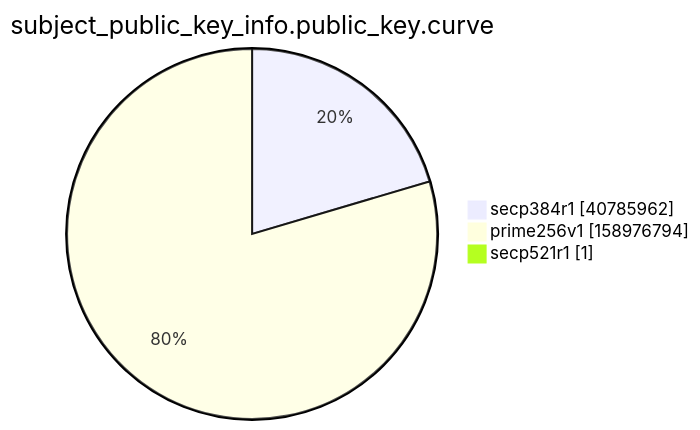
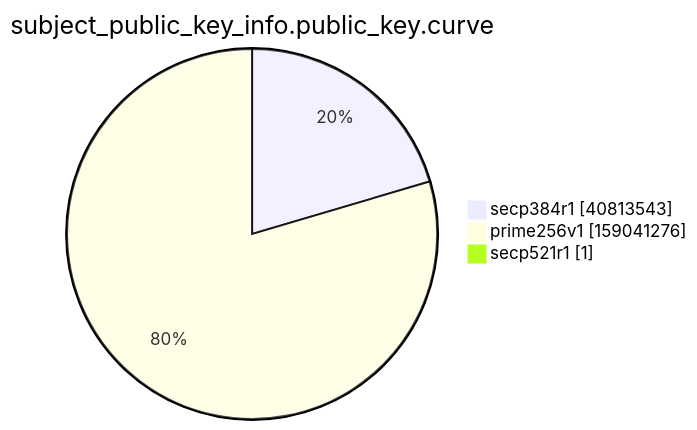
Before and after one commit to christiankrug/ctmonitor_visualization: the ninth of 15 diagrams in xenon2022/README.md, drawn with Mermaid. The commit also changed other lines of this file, not shown here.

````diff
--- a/xenon2022/README.md
+++ b/xenon2022/README.md
@@ -2867,7 +2867,7 @@
 ```mermaid
 pie showData
 title subject_public_key_info.public_key.curve
-"secp384r1" :40785962
-"prime256v1" :158976794
+"secp384r1" :40813543
+"prime256v1" :159041276
 "secp521r1" :1
 ```
````
